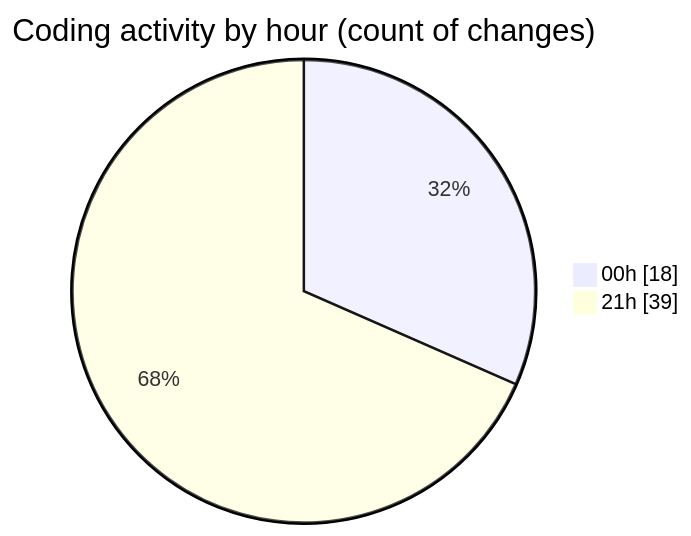
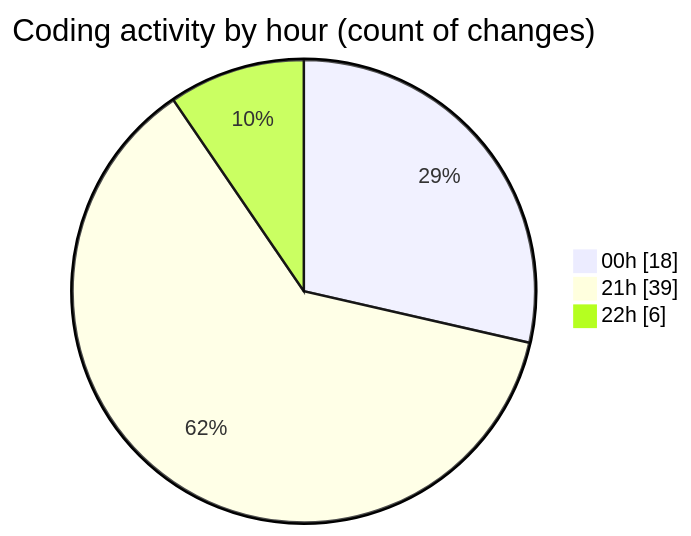
Before and after one commit to Netris89/code-tracking: the second of 2 diagrams in 2025-04-23/echo/README.md, drawn with Mermaid. The commit also changed other lines of this file and 1 other file, not shown here.

````diff
--- a/2025-04-23/echo/README.md
+++ b/2025-04-23/echo/README.md
@@ -30,6 +30,7 @@
 ```mermaid
 pie showData
 title Coding activity by hour (count of changes)
 "00h" : 18
 "21h" : 39
+"22h" : 6
 ```
````
